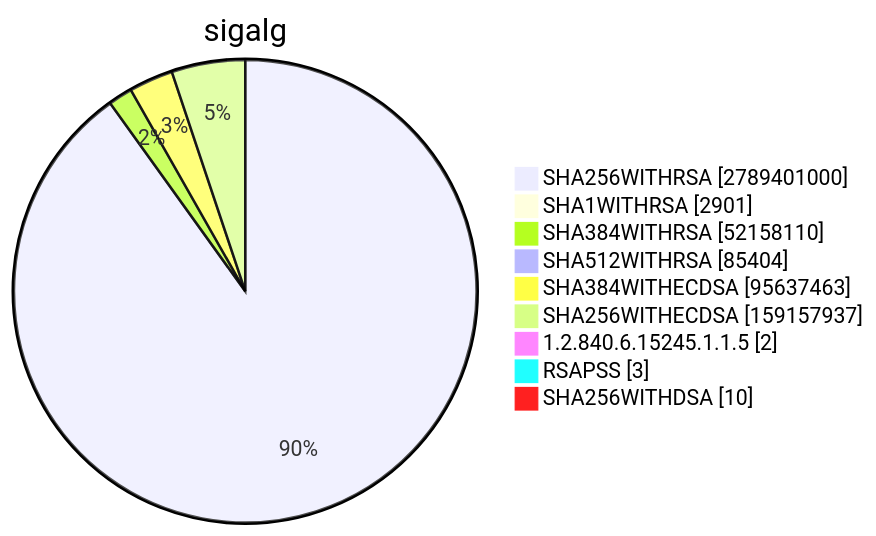
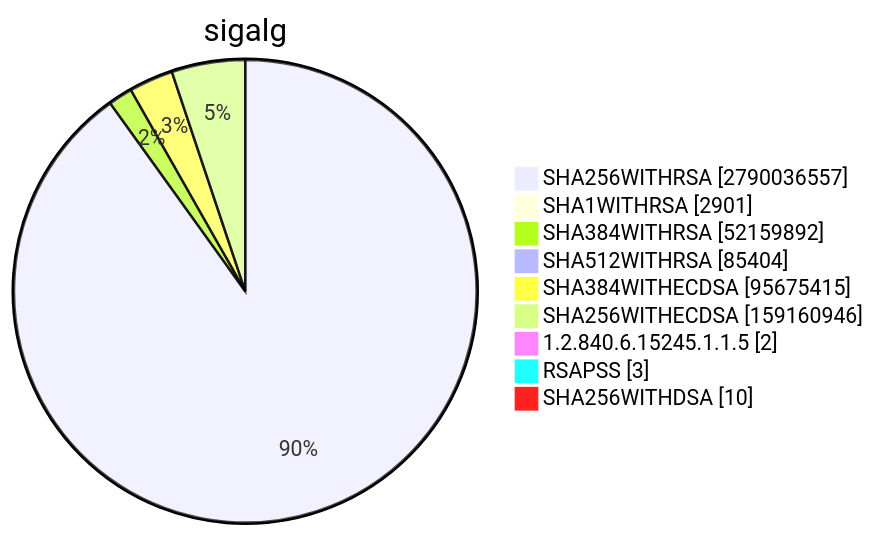
One commit to christiankrug/ctmonitor_visualization changed diagram 15 of 15 in TOTAL/README.md. Above: the diagram before and after it, drawn with Mermaid. The commit also changed other lines of this file, not shown here.

````diff
--- a/TOTAL/README.md
+++ b/TOTAL/README.md
@@ -6205,13 +6205,13 @@
 ```mermaid
 pie showData
 title sigalg
-"SHA256WITHRSA" :2789401000
+"SHA256WITHRSA" :2790036557
 "SHA1WITHRSA" :2901
-"SHA384WITHRSA" :52158110
+"SHA384WITHRSA" :52159892
 "SHA512WITHRSA" :85404
-"SHA384WITHECDSA" :95637463
-"SHA256WITHECDSA" :159157937
+"SHA384WITHECDSA" :95675415
+"SHA256WITHECDSA" :159160946
 "1.2.840.6.15245.1.1.5" :2
 "RSAPSS" :3
 "SHA256WITHDSA" :10
 ```
````
